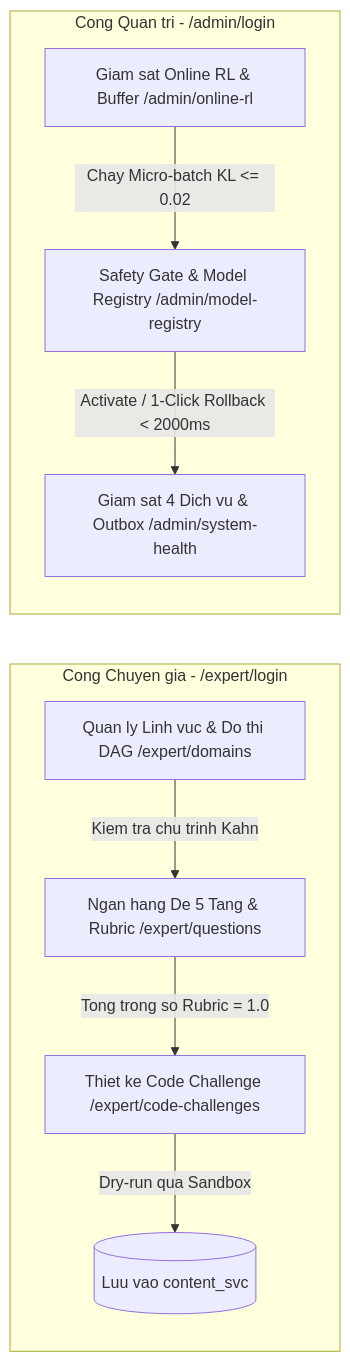
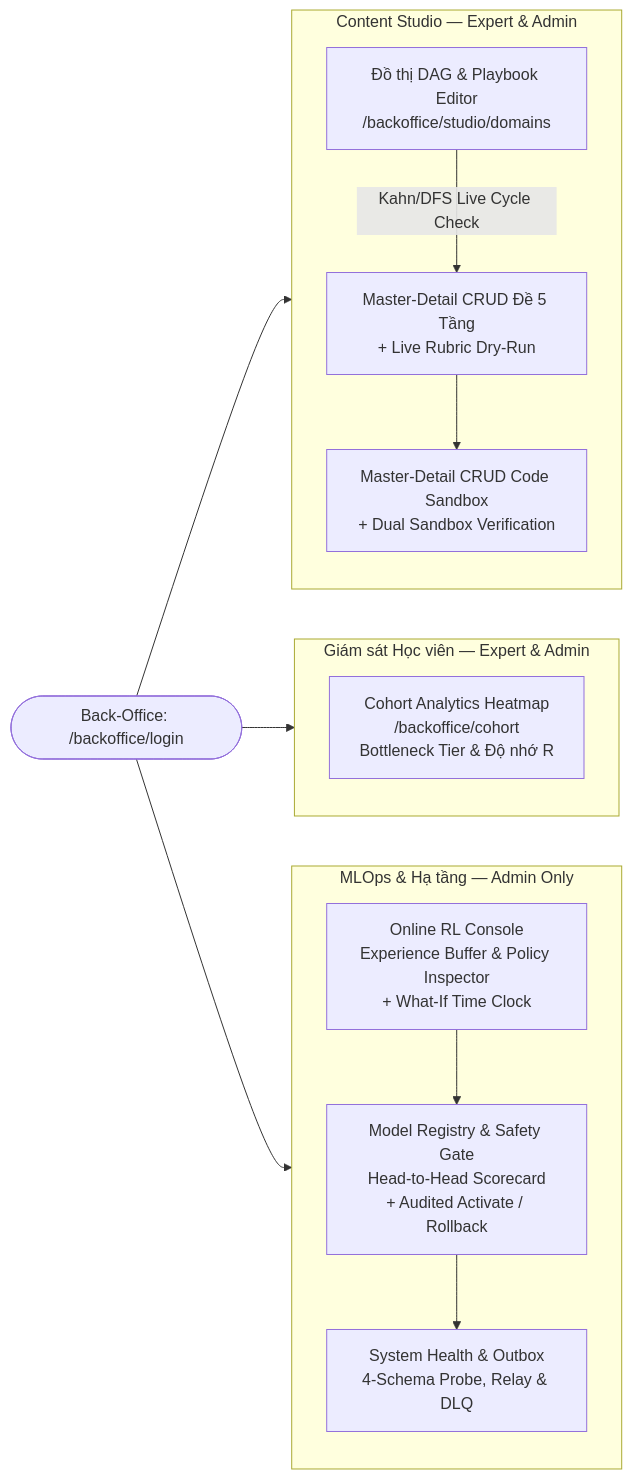
The second of 3 diagrams in README.md (diepvanhieu25-tech/plumora), drawn with Mermaid before and after one commit. The commit also changed other lines of this file and 125 other files, not shown here.

Commit message:
refactor(platform): unify RL kernel, hexagonal 4-schema backend, authentic curriculum, and dual-portal UX

````diff
--- a/README.md
+++ b/README.md
@@ -61,13 +63,20 @@
 ```mermaid
 flowchart LR
-    subgraph Expert_Portal [Cong Chuyen gia - /expert/login]
-        E1[Quan ly Linh vuc & Do thi DAG /expert/domains] -->|Kiem tra chu trinh Kahn| E2[Ngan hang De 5 Tang & Rubric /expert/questions]
-        E2 -->|Tong trong so Rubric = 1.0| E3[Thiet ke Code Challenge /expert/code-challenges]
-        E3 -->|Dry-run qua Sandbox| E_Save[(Luu vao content_svc)]
+    Login([Back-Office: /backoffice/login]) --> Studio
+
+    subgraph Studio [Content Studio — Expert & Admin]
+        S1[Đồ thị DAG & Playbook Editor<br/>/backoffice/studio/domains] -->|Kahn/DFS Live Cycle Check| S2[Master-Detail CRUD Đề 5 Tầng<br/>+ Live Rubric Dry-Run]
+        S2 --> S3[Master-Detail CRUD Code Sandbox<br/>+ Dual Sandbox Verification]
     end
 
-    subgraph Admin_Portal [Cong Quan tri - /admin/login]
-        A1[Giam sat Online RL & Buffer /admin/online-rl] -->|Chay Micro-batch KL <= 0.02| A2[Safety Gate & Model Registry /admin/model-registry]
-        A2 -->|Activate / 1-Click Rollback < 2000ms| A3[Giam sat 4 Dich vu & Outbox /admin/system-health]
+    subgraph Cohort [Giám sát Học viên — Expert & Admin]
+        C1[Cohort Analytics Heatmap<br/>/backoffice/cohort<br/>Bottleneck Tier & Độ nhớ R]
     end
+
+    subgraph MLOps [MLOps & Hạ tầng — Admin Only]
+        M1[Online RL Console<br/>Experience Buffer & Policy Inspector<br/>+ What-If Time Clock] --> M2[Model Registry & Safety Gate<br/>Head-to-Head Scorecard<br/>+ Audited Activate / Rollback]
+        M2 --> M3[System Health & Outbox<br/>4-Schema Probe, Relay & DLQ]
+    end
+
+    Login --> Cohort & MLOps
 ```
````
